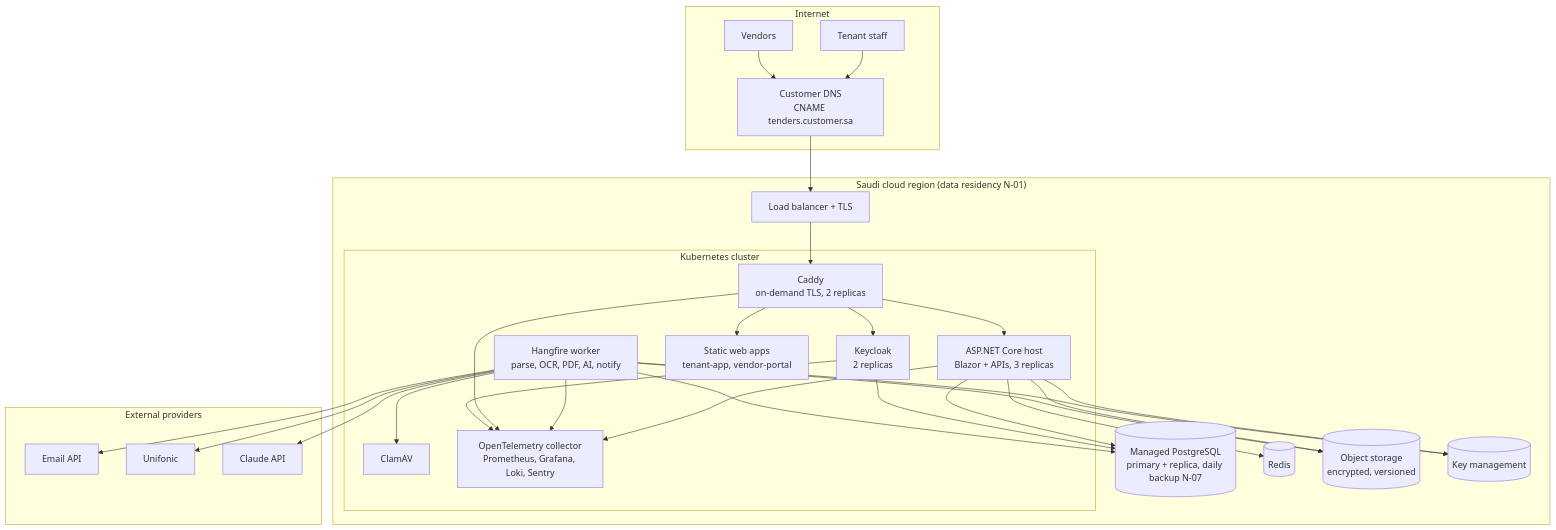
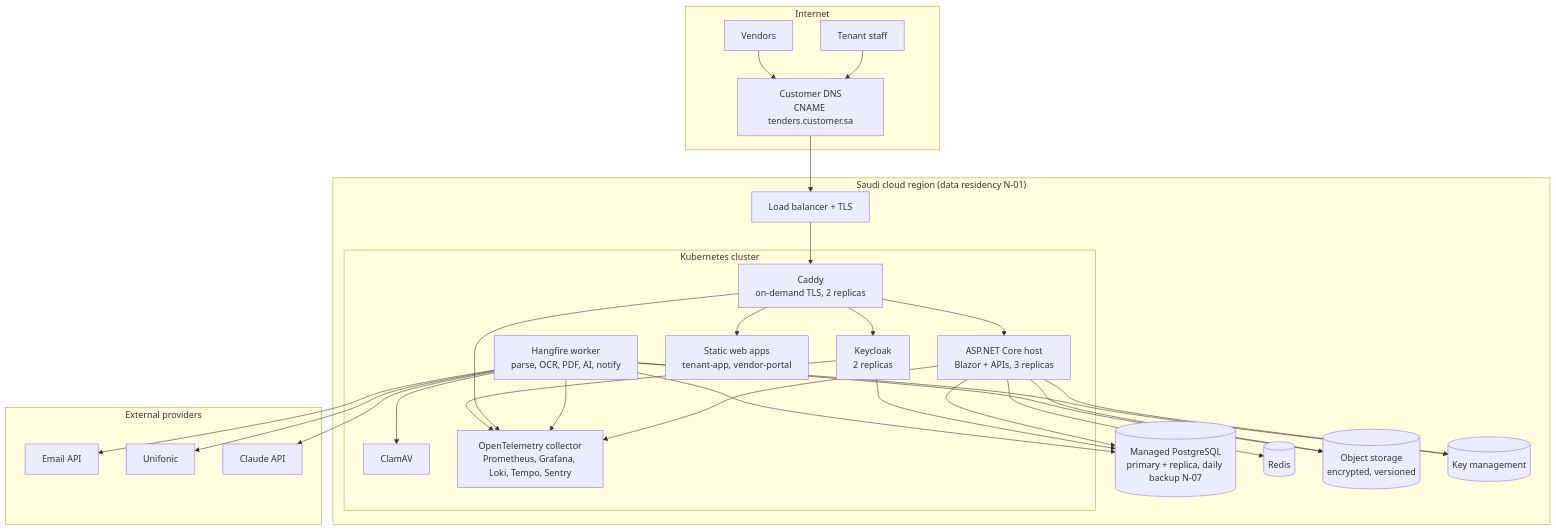
One commit to AhmedAssaf/ERP changed the tenth of 13 diagrams in docs/03-diagrams.md. Above: the diagram before and after it, drawn with Mermaid. The commit also changed 6 other files, not shown here.

````diff
--- a/docs/03-diagrams.md
+++ b/docs/03-diagrams.md
@@ -406,39 +406,39 @@
 ```mermaid
 flowchart TB
     subgraph INET["Internet"]
         U1[Tenant staff]
         U2[Vendors]
         DNS[Customer DNS<br/>CNAME tenders.customer.sa]
     end
 
     subgraph KSA["Saudi cloud region (data residency N-01)"]
         LB[Load balancer + TLS]
         subgraph K8S["Kubernetes cluster"]
             GW[Caddy<br/>on-demand TLS, 2 replicas]
             KC[Keycloak<br/>2 replicas]
             API[ASP.NET Core host<br/>Blazor + APIs, 3 replicas]
             WEB[Static web apps<br/>tenant-app, vendor-portal]
             WRK[Hangfire worker<br/>parse, OCR, PDF, AI, notify]
             AV[ClamAV]
-            OBS[OpenTelemetry collector<br/>Prometheus, Grafana, Loki, Sentry]
+            OBS[OpenTelemetry collector<br/>Prometheus, Grafana, Loki, Tempo, Sentry]
         end
         PG[(Managed PostgreSQL<br/>primary + replica, daily backup N-07)]
         RD[(Redis)]
         S3[(Object storage<br/>encrypted, versioned)]
         KMS[(Key management)]
     end
 
     subgraph EXT["External providers"]
         MAIL[Email API]
         SMS[Unifonic]
         LLM[Claude API]
     end
 
     U1 & U2 --> DNS --> LB --> GW
     GW --> WEB & API & KC
     API --> PG & RD & S3 & KMS
     KC --> PG
     WRK --> PG & S3 & AV & KMS
     WRK --> MAIL & SMS & LLM
     API & WRK & GW & KC --> OBS
 ```
````
